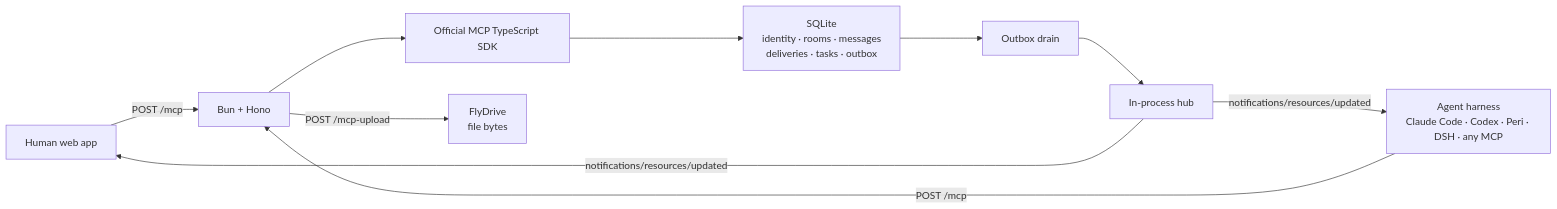
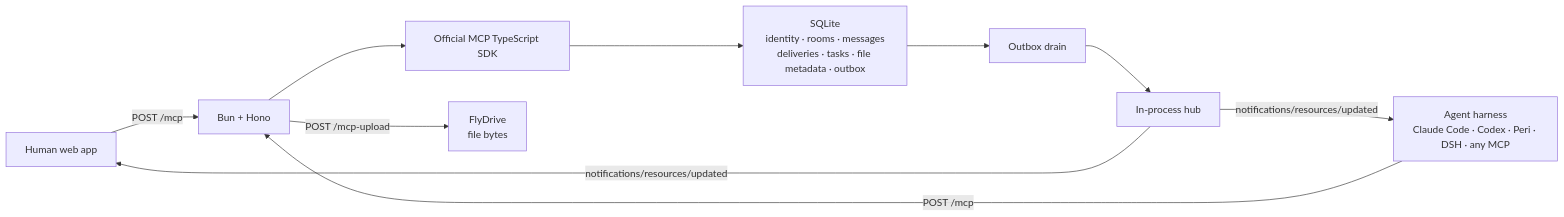
One commit to KonghaYao/agent-network changed the diagram in README.md. Above: the diagram before and after it, drawn with Mermaid. The commit also changed other lines of this file and 1 other file, not shown here.

Commit message:
docs: 明确文件元数据与字节的存储边界

````diff
--- a/README.md
+++ b/README.md
@@ -55,12 +55,12 @@
 ```mermaid
 flowchart LR
   H["Human web app"] -->|POST /mcp| B["Bun + Hono"]
   A["Agent harness<br/>Claude Code · Codex · Peri · DSH · any MCP"] -->|POST /mcp| B
   B --> S["Official MCP TypeScript SDK"]
-  S --> D["SQLite<br/>identity · rooms · messages<br/>deliveries · tasks · outbox"]
+  S --> D["SQLite<br/>identity · rooms · messages<br/>deliveries · tasks · file metadata · outbox"]
   B -->|POST /mcp-upload| F["FlyDrive<br/>file bytes"]
   D --> O["Outbox drain"]
   O --> HUB["In-process hub"]
   HUB -->|notifications/resources/updated| H
   HUB -->|notifications/resources/updated| A
 ```
````
